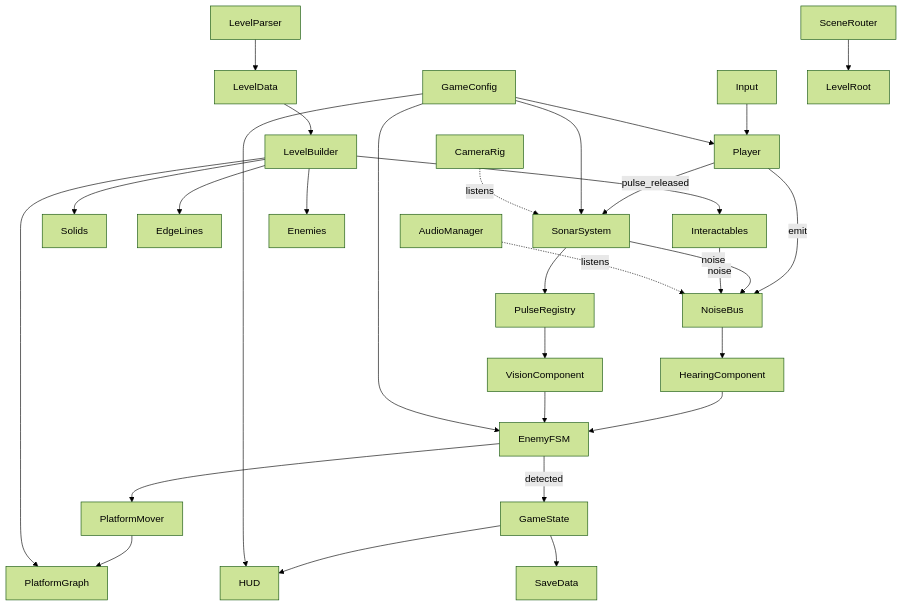
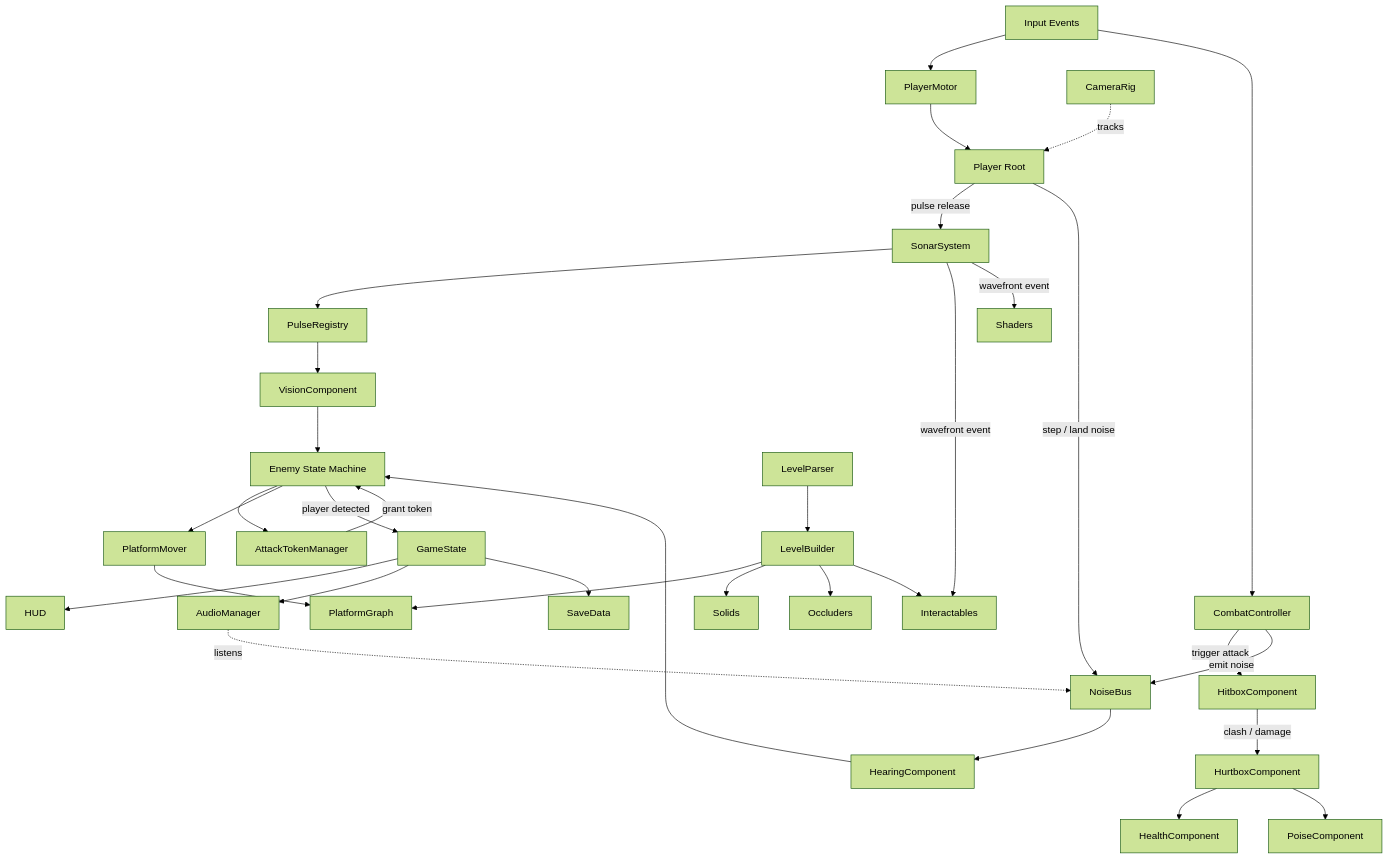
One commit to Joshuamathewj2/Signal-Lost changed the diagram in docs/ARCHITECTURE.md. Above: the diagram before and after it, drawn with Mermaid (forest theme). The commit also changed other lines of this file and 195 other files, not shown here.

````diff
--- a/docs/ARCHITECTURE.md
+++ b/docs/ARCHITECTURE.md
@@ -170,24 +153,32 @@
 ```mermaid
 graph TD
-  Input --> Player
-  Player -->|pulse_released| SonarSystem
-  Player -->|emit| NoiseBus
-  SonarSystem --> PulseRegistry
-  SonarSystem -->|noise| NoiseBus
-  NoiseBus --> HearingComponent
-  HearingComponent --> EnemyFSM
-  PulseRegistry --> VisionComponent
-  VisionComponent --> EnemyFSM
-  EnemyFSM --> PlatformMover --> PlatformGraph
-  LevelParser --> LevelData --> LevelBuilder
-  LevelBuilder --> PlatformGraph
-  LevelBuilder --> Solids & EdgeLines & Interactables & Enemies
-  EnemyFSM -->|detected| GameState
-  Interactables -->|noise| NoiseBus
-  GameState --> HUD
-  GameState --> SaveData
-  GameConfig --> Player & SonarSystem & EnemyFSM & HUD
-  SceneRouter --> LevelRoot
-  AudioManager -.listens.-> NoiseBus
-  CameraRig -.listens.-> SonarSystem
+    Input[Input Events] --> PlayerMotor & CombatCtrl[CombatController]
+    CombatCtrl -->|trigger attack| Hitbox[HitboxComponent]
+    CombatCtrl -->|emit noise| NoiseBus
+    Hitbox -->|clash / damage| Hurtbox[HurtboxComponent]
+    Hurtbox --> HealthComp[HealthComponent] & PoiseComp[PoiseComponent]
+    
+    PlayerMotor --> Player[Player Root]
+    Player -->|pulse release| SonarSys[SonarSystem]
+    Player -->|step / land noise| NoiseBus
+    
+    SonarSys --> PulseReg[PulseRegistry]
+    SonarSys -->|wavefront event| Interactables & Shaders
+    
+    NoiseBus --> HearingComp[HearingComponent]
+    HearingComp --> EnemyFSM[Enemy State Machine]
+    PulseReg --> VisionComp[VisionComponent]
+    VisionComp --> EnemyFSM
+    
+    EnemyFSM --> TokenMgr[AttackTokenManager]
+    TokenMgr -->|grant token| EnemyFSM
+    EnemyFSM --> PlatformMover --> PlatformGraph
+    
+    LevelParser --> LevelBuilder --> PlatformGraph
+    LevelBuilder --> Solids & Occluders & Interactables
+    
+    EnemyFSM -->|player detected| GameState
+    GameState --> HUD & AudioManager & SaveData
+    AudioManager -.listens.-> NoiseBus
+    CameraRig -.tracks.-> Player
 ```
````
